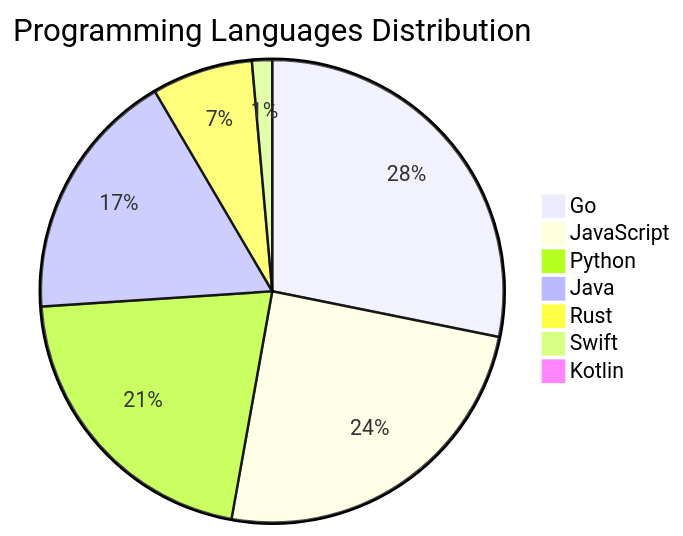
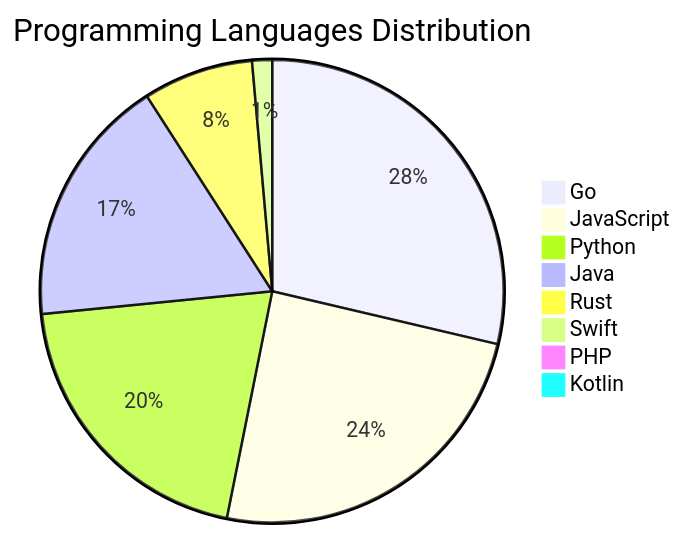
The diagram in README.md (Derrick-MUGISHA/github-activity-bot), drawn with Mermaid before and after one commit. The commit also changed other lines of this file and 4 other files, not shown here.

````diff
--- a/README.md
+++ b/README.md
@@ -207,10 +208,11 @@
 ```mermaid
 pie title Programming Languages Distribution
-    "Go" : 40
+    "Go" : 41
     "JavaScript" : 35
-    "Python" : 30
+    "Python" : 29
     "Java" : 25
-    "Rust" : 10
+    "Rust" : 11
     "Swift" : 2
+    "PHP" : 1
     "Kotlin" : 1
 ```
````
